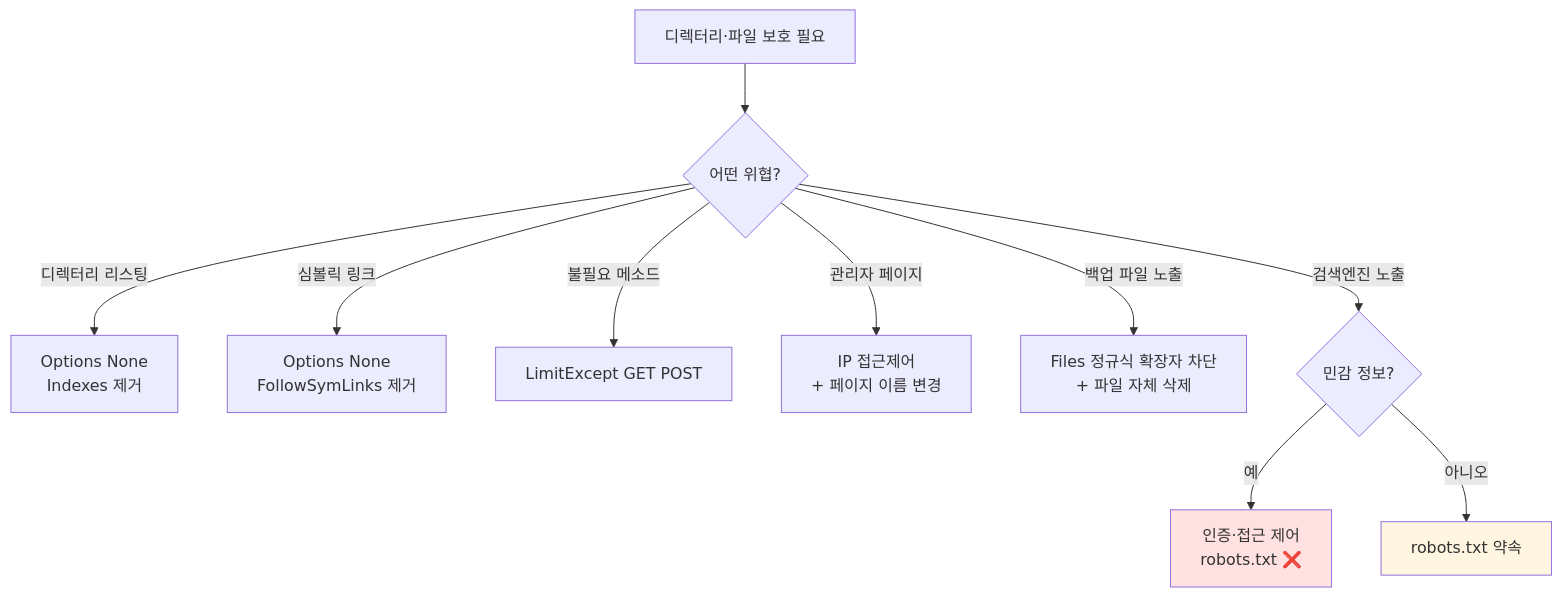
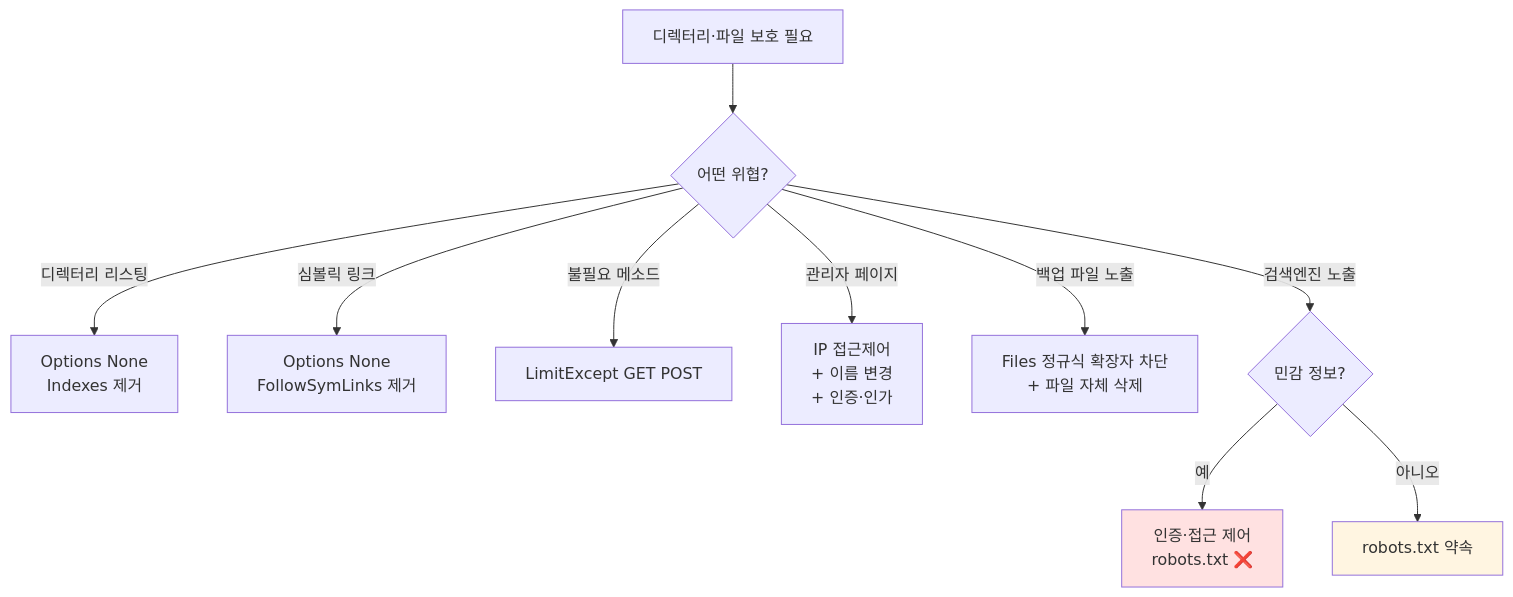
The third of 5 diagrams in cs/information-security/study/03.application-security/06.web-server-hardening.md (ianrang/cs-study), drawn with Mermaid before and after one commit. The commit also changed other lines of this file and 5 other files, not shown here.

````diff
--- a/cs/information-security/study/03.application-security/06.web-server-hardening.md
+++ b/cs/information-security/study/03.application-security/06.web-server-hardening.md
@@ -653,16 +661,16 @@
 ```mermaid
 graph TD
   Q[디렉터리·파일 보호 필요] --> Q1{어떤 위협?}
 
   Q1 -- 디렉터리 리스팅 --> A1[Options None<br/>Indexes 제거]
   Q1 -- 심볼릭 링크 --> A2[Options None<br/>FollowSymLinks 제거]
   Q1 -- 불필요 메소드 --> A3[LimitExcept GET POST]
-  Q1 -- 관리자 페이지 --> A4[IP 접근제어<br/>+ 페이지 이름 변경]
+  Q1 -- 관리자 페이지 --> A4[IP 접근제어<br/>+ 이름 변경<br/>+ 인증·인가]
   Q1 -- 백업 파일 노출 --> A5[Files 정규식 확장자 차단<br/>+ 파일 자체 삭제]
   Q1 -- 검색엔진 노출 --> A6{민감 정보?}
   A6 -- 예 --> A6Y[인증·접근 제어<br/>robots.txt ❌]
   A6 -- 아니오 --> A6N[robots.txt 약속]
 
   style A6Y fill:#ffe1e1
   style A6N fill:#fff5e1
 ```
````
